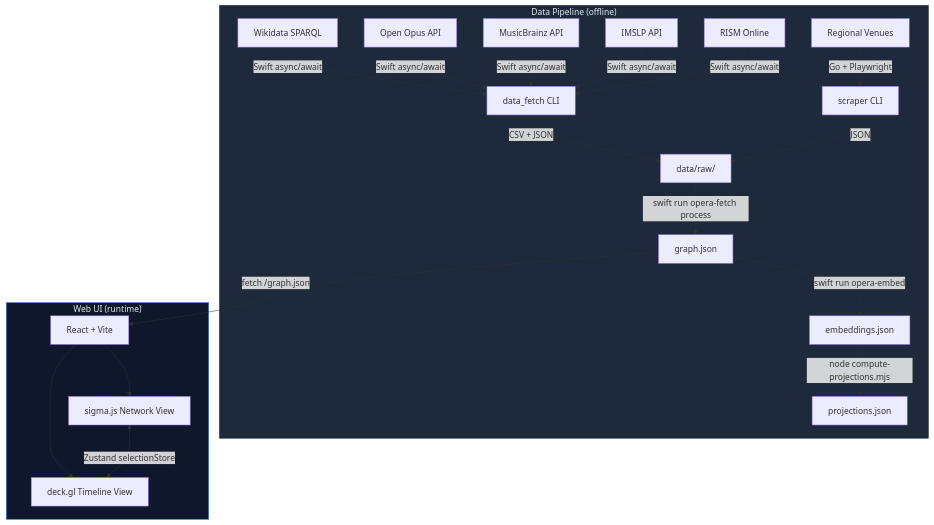
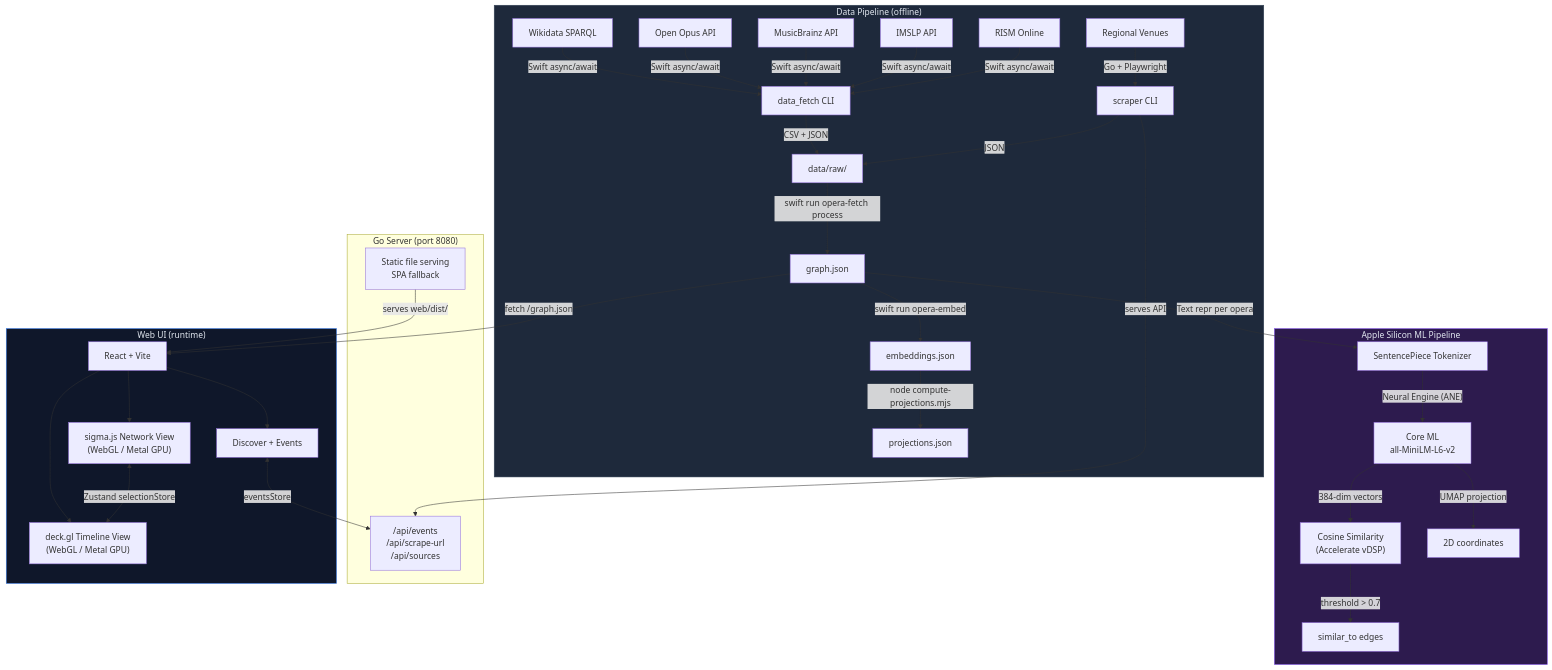
The first of 9 diagrams in README.md (ParkWardRR/Violetta-Opera-Graph-Relationship-Maps), drawn with Mermaid before and after one commit. The commit also changed other lines of this file and 38 other files, not shown here.

First line of the commit message:
Add Discover tab, Events view, smart URL scraper, and single-binary deploy

````diff
--- a/README.md
+++ b/README.md
@@ -21,31 +203,50 @@
 ```mermaid
 graph TB
     subgraph Data["Data Pipeline (offline)"]
         WD["Wikidata SPARQL"]
         OO["Open Opus API"]
         MB["MusicBrainz API"]
         IM["IMSLP API"]
         RI["RISM Online"]
         VN["Regional Venues"]
 
         WD & OO & MB & IM & RI -->|"Swift async/await"| DF["data_fetch CLI"]
         VN -->|"Go + Playwright"| SC["scraper CLI"]
 
         DF -->|CSV + JSON| RAW["data/raw/"]
         SC -->|JSON| RAW
 
         RAW -->|"swift run opera-fetch process"| GJ["graph.json"]
         GJ -->|"swift run opera-embed"| EMB["embeddings.json"]
         EMB -->|"node compute-projections.mjs"| PROJ["projections.json"]
     end
 
+    subgraph ML["Apple Silicon ML Pipeline"]
+        GJ -->|"Text repr per opera"| TOK["SentencePiece Tokenizer"]
+        TOK -->|"Neural Engine (ANE)"| COREML["Core ML\nall-MiniLM-L6-v2"]
+        COREML -->|"384-dim vectors"| SIM["Cosine Similarity\n(Accelerate vDSP)"]
+        SIM -->|"threshold > 0.7"| EDGES["similar_to edges"]
+        COREML -->|"UMAP projection"| PROJ2["2D coordinates"]
+    end
+
+    subgraph Server["Go Server (port 8080)"]
+        API["/api/events\n/api/scrape-url\n/api/sources"]
+        STATIC["Static file serving\nSPA fallback"]
+    end
+
     subgraph Web["Web UI (runtime)"]
         GJ -->|fetch /graph.json| WEB["React + Vite"]
-        WEB --> SIG["sigma.js Network View"]
-        WEB --> DGL["deck.gl Timeline View"]
+        WEB --> SIG["sigma.js Network View\n(WebGL / Metal GPU)"]
+        WEB --> DGL["deck.gl Timeline View\n(WebGL / Metal GPU)"]
+        WEB --> DISC["Discover + Events"]
         SIG <-->|"Zustand selectionStore"| DGL
+        DISC <-->|"eventsStore"| API
     end
 
+    SC -->|"serves API"| API
+    STATIC -->|"serves web/dist/"| WEB
+
     style Data fill:#1e293b,stroke:#334155,color:#e2e8f0
+    style ML fill:#2d1b4e,stroke:#8b5cf6,color:#e2e8f0
     style Web fill:#0f172a,stroke:#3b82f6,color:#e2e8f0
 ```
````
